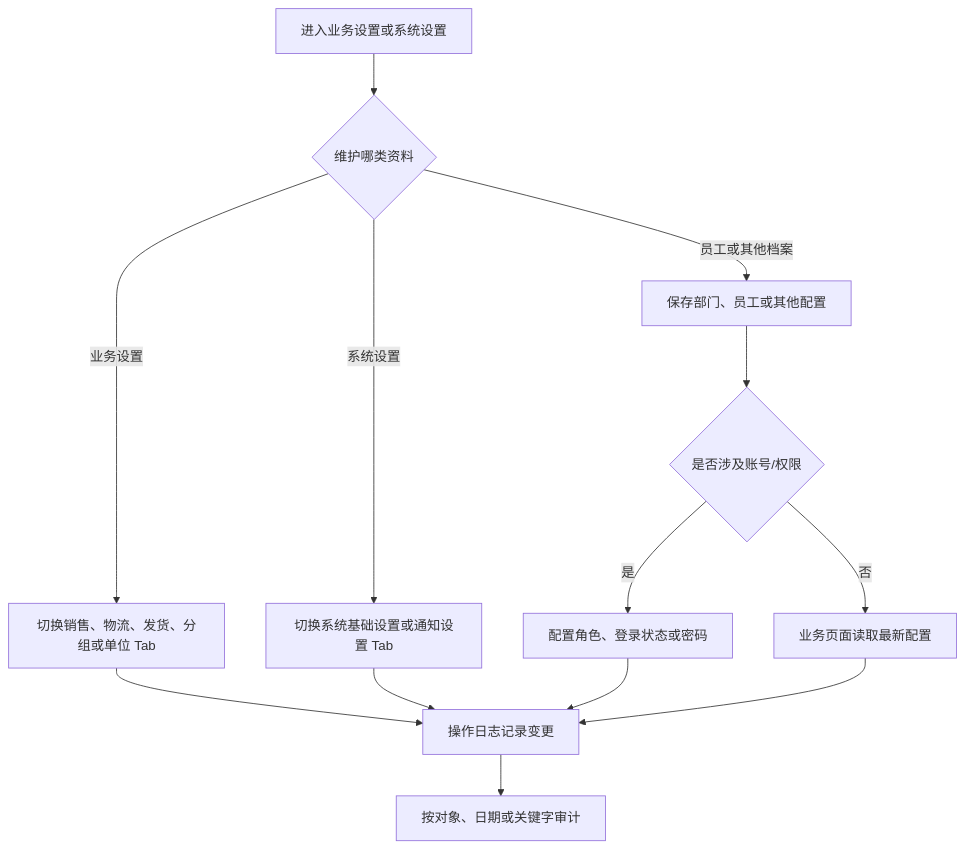
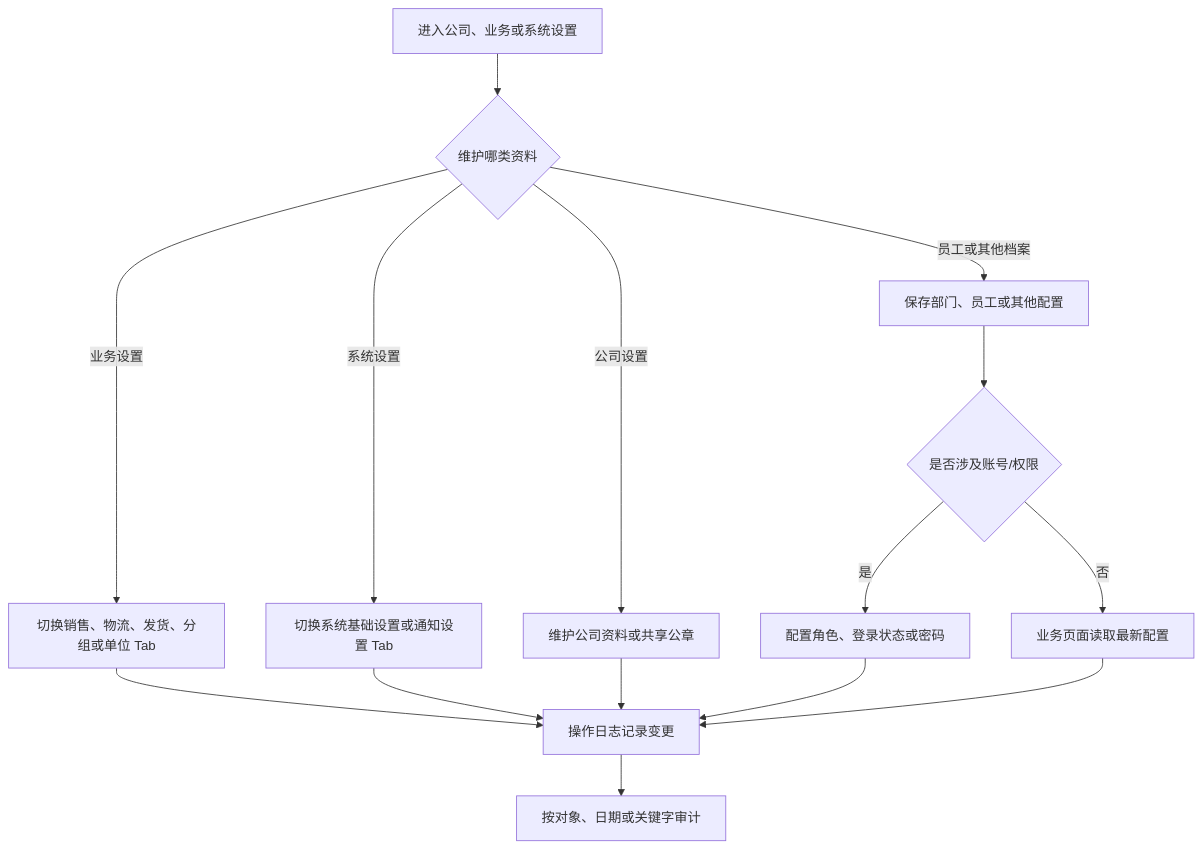
Before and after one commit to Backstage2539/KFerp: the diagram in orderapp-remote/docs/OP_MANUAL_SETTINGS_AUDIT.md, drawn with Mermaid. The commit also changed other lines of this file and 16 other files, not shown here.

````diff
--- a/orderapp-remote/docs/OP_MANUAL_SETTINGS_AUDIT.md
+++ b/orderapp-remote/docs/OP_MANUAL_SETTINGS_AUDIT.md
@@ -12,15 +12,17 @@
 ```mermaid
 flowchart TD
-  A["进入业务设置或系统设置"] --> B{"维护哪类资料"}
+  A["进入公司、业务或系统设置"] --> B{"维护哪类资料"}
+  B -->|公司设置| K["维护公司资料或共享公章"]
   B -->|业务设置| C["切换销售、物流、发货、分组或单位 Tab"]
   B -->|系统设置| D["切换系统基础设置或通知设置 Tab"]
   B -->|员工或其他档案| E["保存部门、员工或其他配置"]
   E --> F{"是否涉及账号/权限"}
   F -->|是| G["配置角色、登录状态或密码"]
   F -->|否| H["业务页面读取最新配置"]
   C --> I["操作日志记录变更"]
   D --> I
+  K --> I
   G --> I
   H --> I
   I --> J["按对象、日期或关键字审计"]
 ```
````
